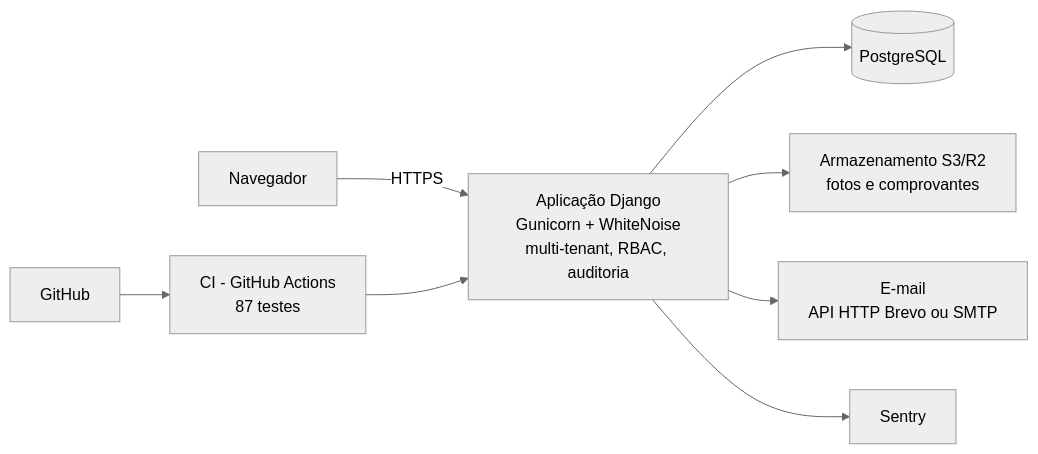
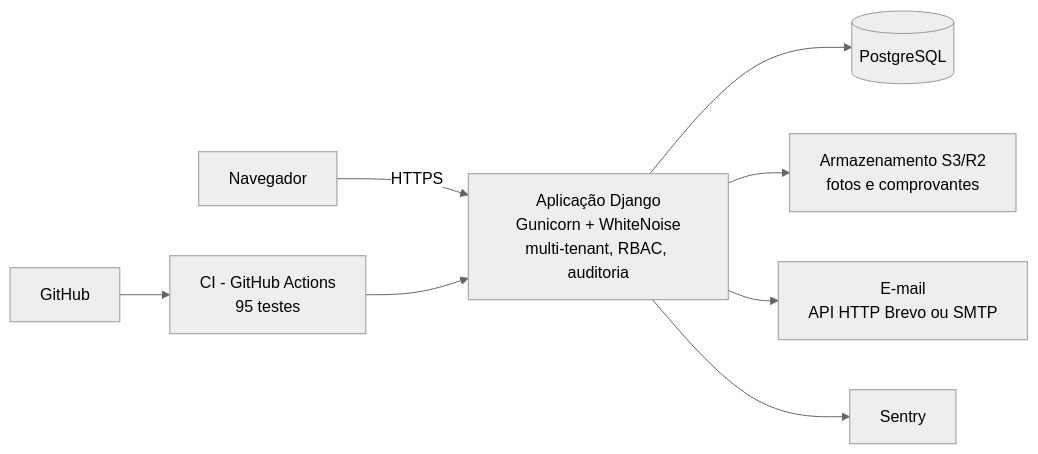
Before and after one commit to willCastilho/Frotas: the second of 3 diagrams in docs/DOCUMENTACAO.md, drawn with Mermaid (neutral theme). The commit also changed other lines of this file and 7 other files, not shown here.

````diff
--- a/docs/DOCUMENTACAO.md
+++ b/docs/DOCUMENTACAO.md
@@ -68,9 +68,9 @@
 ```mermaid
 flowchart LR
     NAV[Navegador] -- HTTPS --> APP[Aplicação Django<br/>Gunicorn + WhiteNoise<br/>multi-tenant, RBAC, auditoria]
     APP --> DB[(PostgreSQL)]
     APP --> S3[Armazenamento S3/R2<br/>fotos e comprovantes]
     APP --> MAIL[E-mail<br/>API HTTP Brevo ou SMTP]
     APP --> SEN[Sentry]
-    GH[GitHub] --> CI[CI - GitHub Actions<br/>87 testes] --> APP
+    GH[GitHub] --> CI[CI - GitHub Actions<br/>95 testes] --> APP
 ```
````
